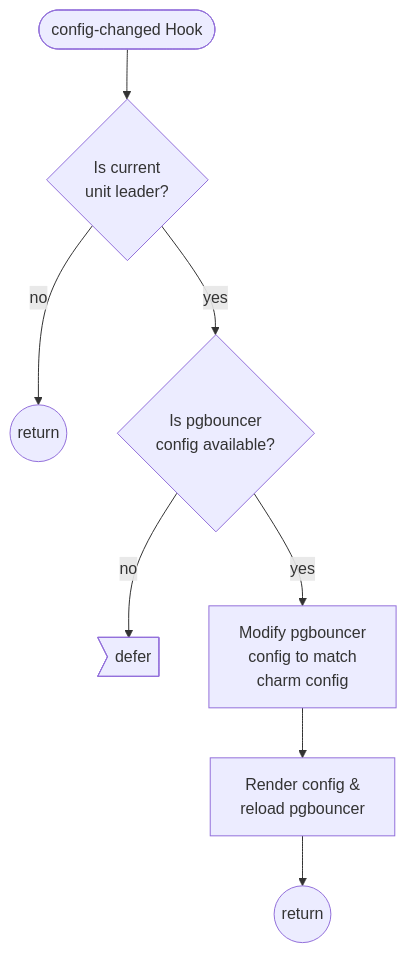
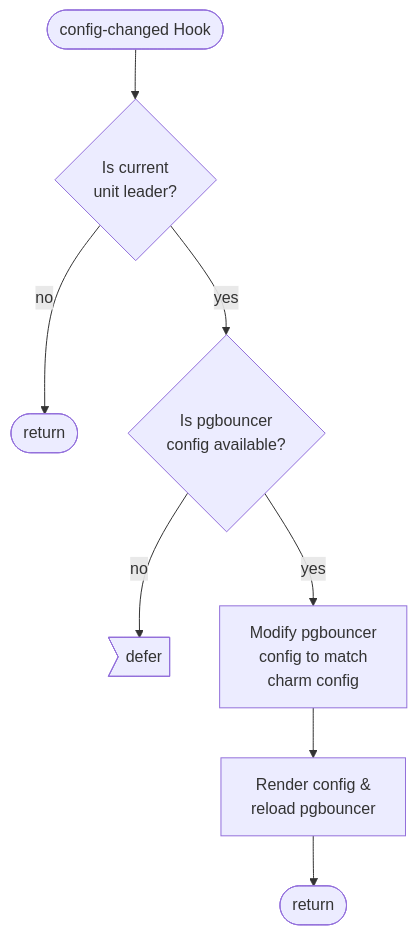
Before and after one commit to canonical/pgbouncer-k8s-operator: the third of 15 diagrams in CONTRIBUTING.md, drawn with Mermaid. The commit also changed other lines of this file, not shown here.

````diff
--- a/CONTRIBUTING.md
+++ b/CONTRIBUTING.md
@@ -105,10 +104,10 @@
 ```mermaid
 flowchart TD
   hook_fired([config-changed Hook]) --> is_leader{Is current\nunit leader?}
-  is_leader -- no --> rtn((return))
+  is_leader -- no --> rtn([return])
   is_leader -- yes --> is_cfg{Is pgbouncer\nconfig available?}
   is_cfg -- no --> defer>defer]
   is_cfg -- yes --> match_cfg[Modify pgbouncer\nconfig to match\ncharm config]
   match_cfg --> render_cfg[Render config &\nreload pgbouncer]
-  render_cfg --> rtn2((return))
+  render_cfg --> rtn2([return])
 ```
````
